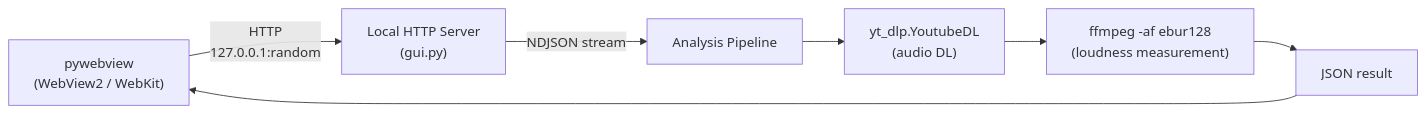
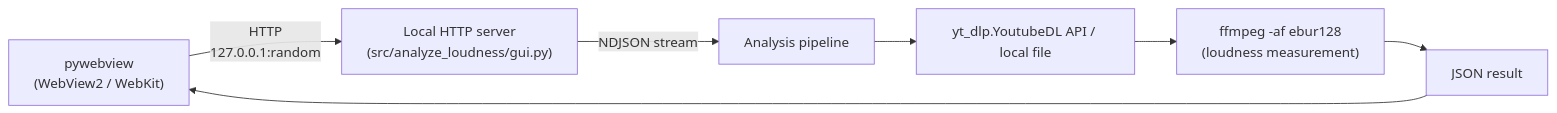
Before and after one commit to semnil/analyze-loudness: the first of 2 diagrams in README.md, drawn with Mermaid. The commit also changed other lines of this file and 7 other files, not shown here.

````diff
--- a/README.md
+++ b/README.md
@@ -26,9 +108,9 @@
 ```mermaid
 graph LR
-    A["pywebview<br/>(WebView2 / WebKit)"] -->|"HTTP<br/>127.0.0.1:random"| B["Local HTTP Server<br/>(gui.py)"]
-    B -->|"NDJSON stream"| C["Analysis Pipeline"]
-    C --> D["yt_dlp.YoutubeDL<br/>(audio DL)"]
-    D --> E["ffmpeg -af ebur128<br/>(loudness measurement)"]
+    A["pywebview<br>(WebView2 / WebKit)"] -->|"HTTP<br>127.0.0.1:random"| B["Local HTTP server<br>(src/analyze_loudness/gui.py)"]
+    B -->|"NDJSON stream"| C["Analysis pipeline"]
+    C --> D["yt_dlp.YoutubeDL API / local file"]
+    D --> E["ffmpeg -af ebur128<br>(loudness measurement)"]
     E --> F["JSON result"]
     F --> A
 ```
````
